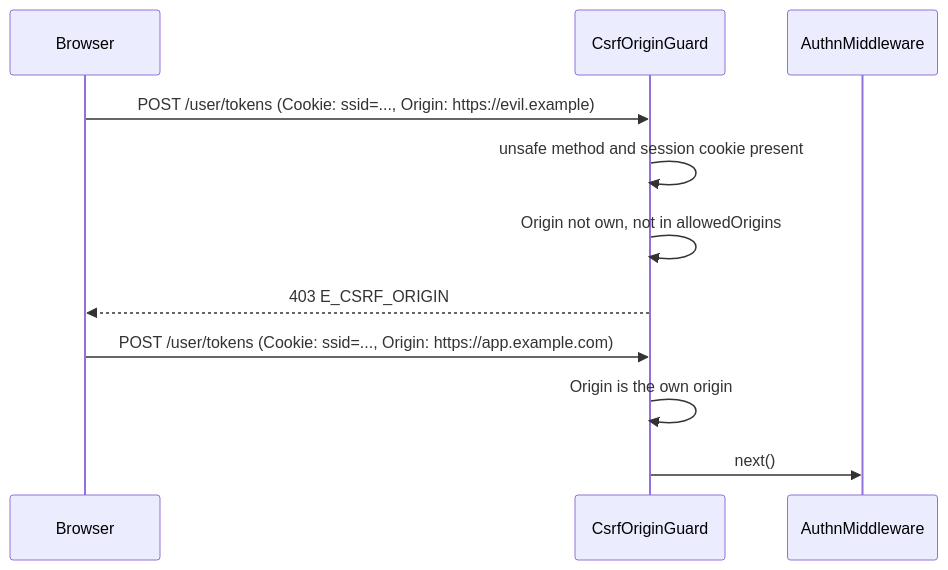
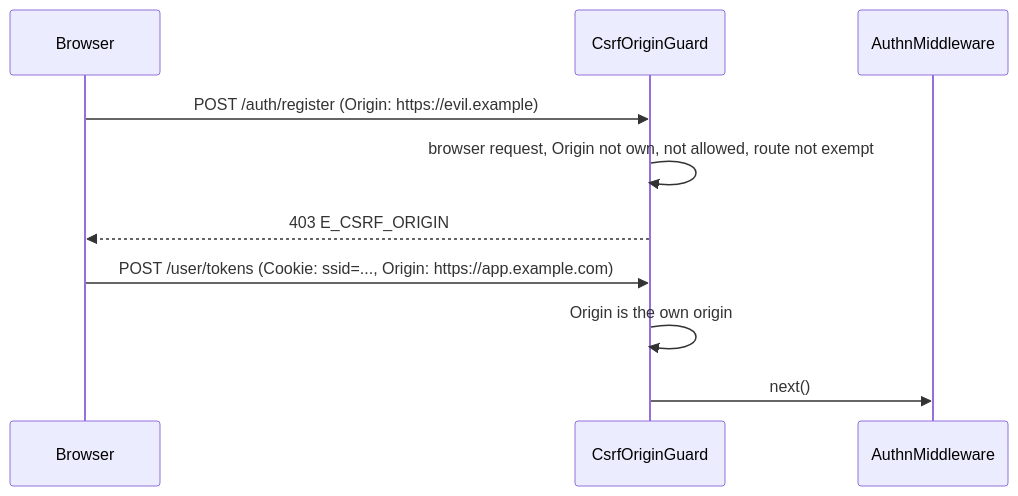
One commit to spinajs/main changed the diagram in docs/authn-http/04-csrf-origin-guard.md. Above: the diagram before and after it, drawn with Mermaid. The commit also changed other lines of this file and 13 other files, not shown here.

````diff
--- a/docs/authn-http/04-csrf-origin-guard.md
+++ b/docs/authn-http/04-csrf-origin-guard.md
@@ -15,13 +25,12 @@
 ```mermaid
 sequenceDiagram
   participant B as Browser
   participant G as CsrfOriginGuard
   participant M as AuthnMiddleware
-  B->>G: POST /user/tokens (Cookie: ssid=..., Origin: https://evil.example)
-  G->>G: unsafe method and session cookie present
-  G->>G: Origin not own, not in allowedOrigins
+  B->>G: POST /auth/register (Origin: https://evil.example)
+  G->>G: browser request, Origin not own, not allowed, route not exempt
   G-->>B: 403 E_CSRF_ORIGIN
   B->>G: POST /user/tokens (Cookie: ssid=..., Origin: https://app.example.com)
   G->>G: Origin is the own origin
   G->>M: next()
 ```
````
